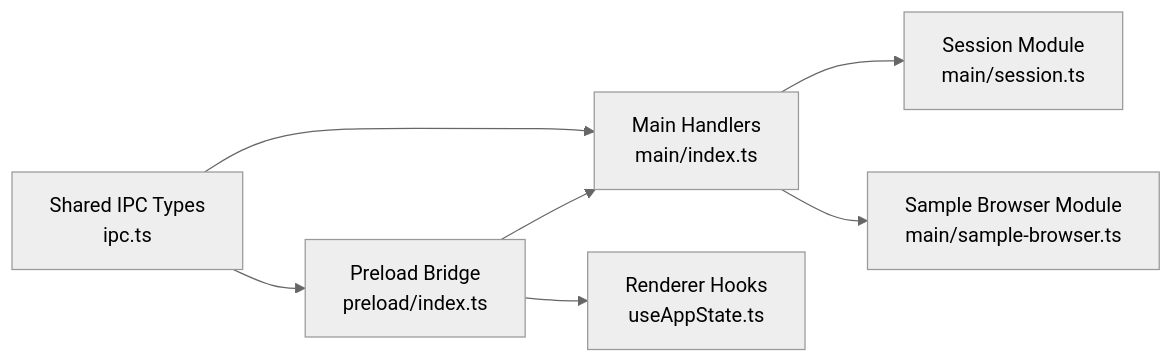
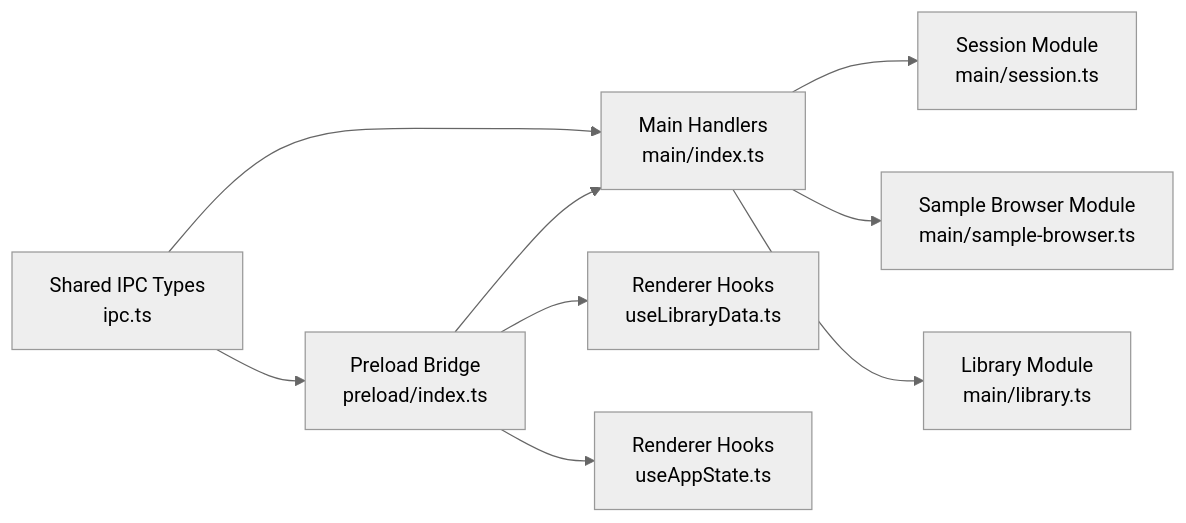
The eighth of 8 diagrams in .qoder/repowiki/en/content/IPC Communication.md (satyrlord/mixjam-electron), drawn with Mermaid (neutral theme) before and after one commit. The commit also changed other lines of this file and 7 other files, not shown here.

````diff
--- a/.qoder/repowiki/en/content/IPC Communication.md
+++ b/.qoder/repowiki/en/content/IPC Communication.md
@@ -344,9 +448,11 @@
 ```mermaid
 graph LR
 IPC["Shared IPC Types<br/>ipc.ts"] --> PRE["Preload Bridge<br/>preload/index.ts"]
 IPC --> MAIN["Main Handlers<br/>main/index.ts"]
 PRE --> MAIN
 MAIN --> SES["Session Module<br/>main/session.ts"]
 MAIN --> SBR["Sample Browser Module<br/>main/sample-browser.ts"]
-PRE --> RND["Renderer Hooks<br/>useAppState.ts"]
+MAIN --> LIB["Library Module<br/>main/library.ts"]
+PRE --> RND["Renderer Hooks<br/>useLibraryData.ts"]
+PRE --> RND2["Renderer Hooks<br/>useAppState.ts"]
 ```
````
